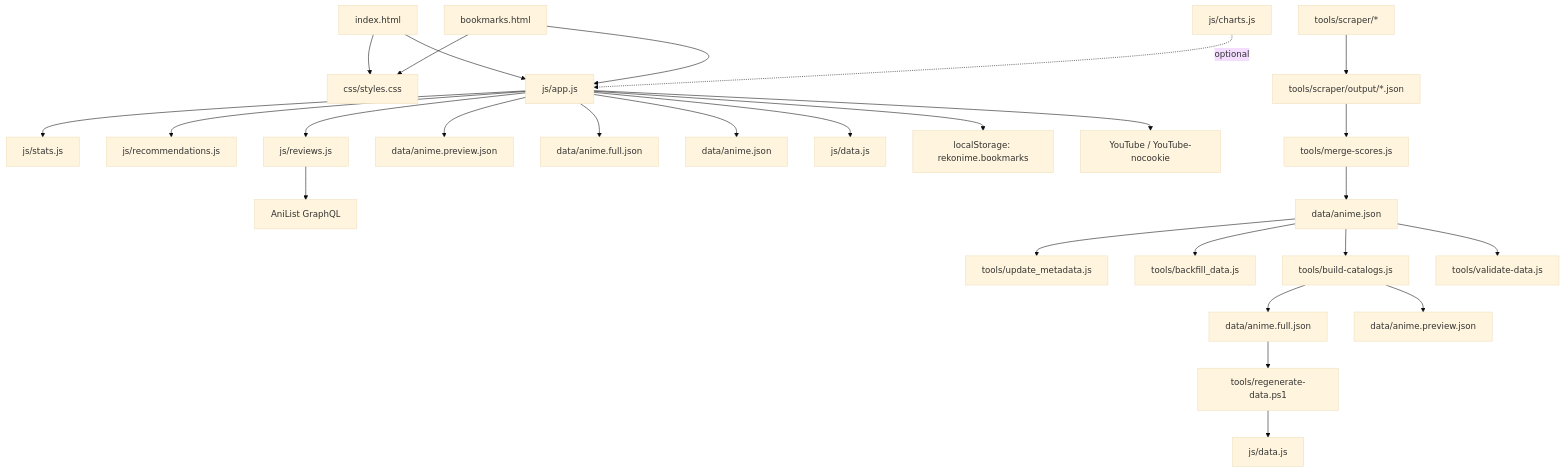
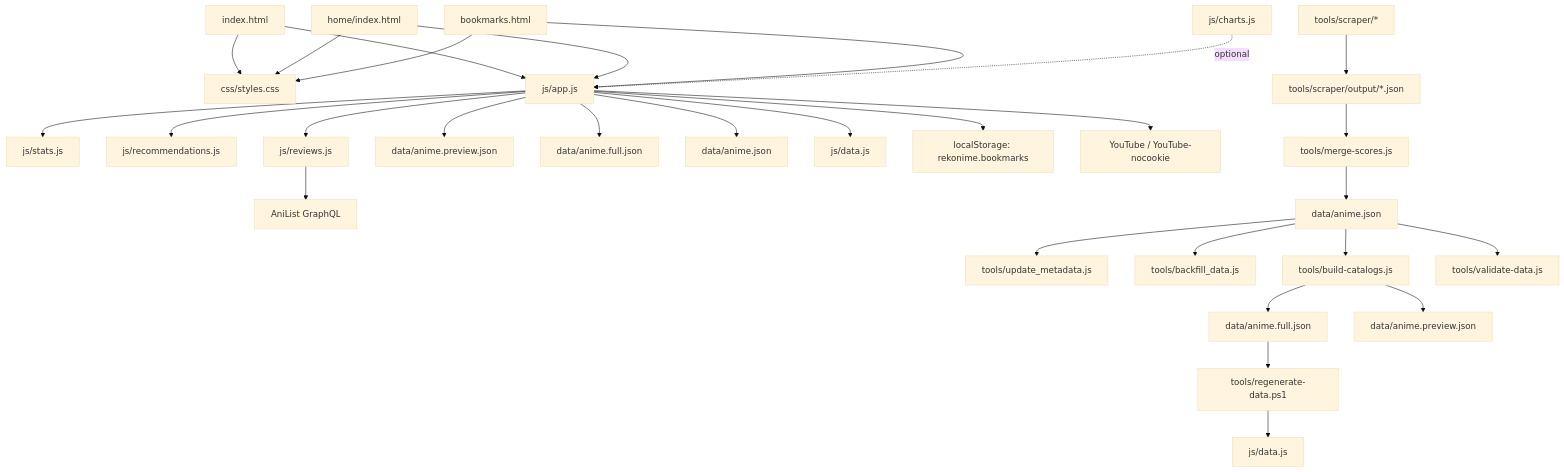
The diagram in AGENTS.md (daffaghiffarykusuma/rekonime), drawn with Mermaid (base theme) before and after one commit. The commit also changed other lines of this file and 3 other files, not shown here.

````diff
--- a/AGENTS.md
+++ b/AGENTS.md
@@ -182,36 +184,38 @@
 ```mermaid
 flowchart TD
   %% Runtime entry points
   index[index.html] --> css[css/styles.css]
   index --> app[js/app.js]
+  home[home/index.html] --> css
+  home --> app
   bookmarks[bookmarks.html] --> css
   bookmarks --> app
 
   %% Runtime module dependencies
   app --> stats[js/stats.js]
   app --> recs[js/recommendations.js]
   app --> reviews[js/reviews.js]
   app --> dataPreview[data/anime.preview.json]
   app --> dataFull[data/anime.full.json]
   app --> dataLegacy[data/anime.json]
   app --> dataEmbed[js/data.js]
   app --> storage[localStorage: rekonime.bookmarks]
   reviews --> anilist[AniList GraphQL]
   app --> youtube[YouTube / YouTube-nocookie]
 
   %% Data pipeline
   scraper[tools/scraper/*] --> scores[tools/scraper/output/*.json]
   scores --> merge[tools/merge-scores.js]
   merge --> raw[data/anime.json]
   raw --> updateMeta[tools/update_metadata.js]
   raw --> backfill[tools/backfill_data.js]
   raw --> build[tools/build-catalogs.js]
   build --> full[data/anime.full.json]
   build --> preview[data/anime.preview.json]
   full --> regen[tools/regenerate-data.ps1]
   regen --> embed[js/data.js]
   raw --> validate[tools/validate-data.js]
 
   %% Optional charting (not wired by default)
   charts[js/charts.js] -. optional .-> app
 ```
````
